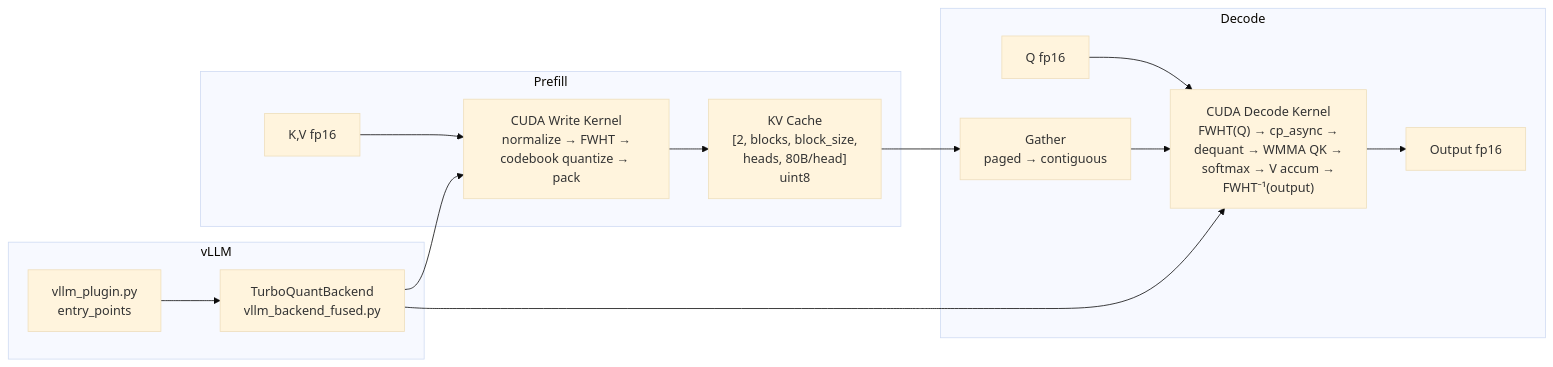
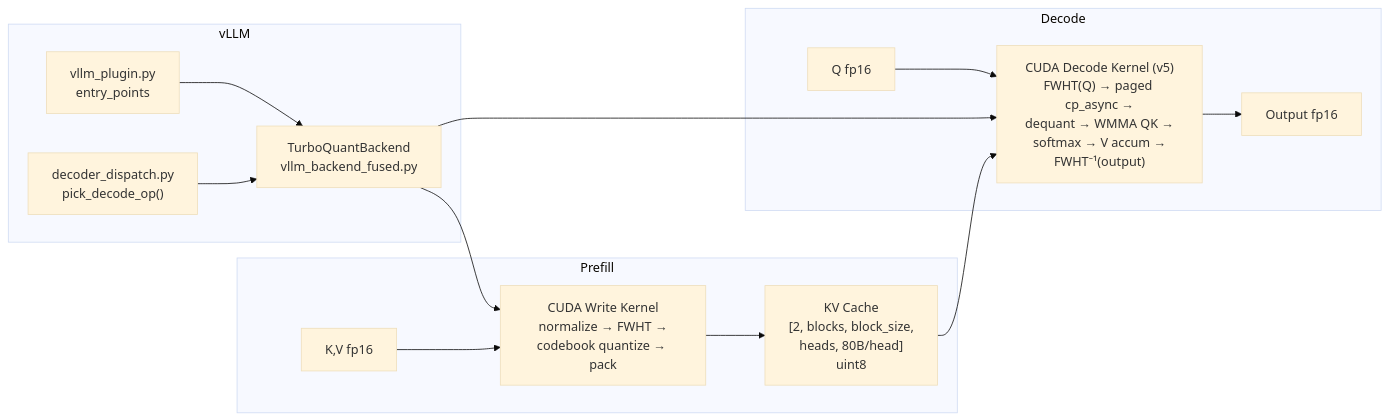
The diagram in docs/ARCHITECTURE.md (RRoundTable/turboquant), drawn with Mermaid (base theme) before and after one commit. The commit also changed other lines of this file, not shown here.

First line of the commit message:
Rewrite ARCHITECTURE.md for current state; drop historical prose

````diff
--- a/docs/ARCHITECTURE.md
+++ b/docs/ARCHITECTURE.md
@@ -10,18 +23,18 @@
 ```mermaid
 flowchart LR
     subgraph Prefill
         KV_fp16["K,V fp16"] --> WriteKernel["CUDA Write Kernel<br/>normalize → FWHT →<br/>codebook quantize → pack"]
         WriteKernel --> Cache["KV Cache<br/>[2, blocks, block_size,<br/>heads, 80B/head]<br/>uint8"]
     end
     subgraph Decode
         Q["Q fp16"] --> DecodeKernel
-        Cache --> Gather["Gather<br/>paged → contiguous"]
-        Gather --> DecodeKernel["CUDA Decode Kernel<br/>FWHT(Q) → cp_async →<br/>dequant → WMMA QK →<br/>softmax → V accum →<br/>FWHT⁻¹(output)"]
+        Cache --> DecodeKernel["CUDA Decode Kernel (v5)<br/>FWHT(Q) → paged cp_async →<br/>dequant → WMMA QK →<br/>softmax → V accum →<br/>FWHT⁻¹(output)"]
         DecodeKernel --> Out["Output fp16"]
     end
     subgraph vLLM
         Plugin["vllm_plugin.py<br/>entry_points"] --> Backend["TurboQuantBackend<br/>vllm_backend_fused.py"]
+        Dispatch["decoder_dispatch.py<br/>pick_decode_op()"] --> Backend
         Backend --> WriteKernel
         Backend --> DecodeKernel
     end
 ```
````
